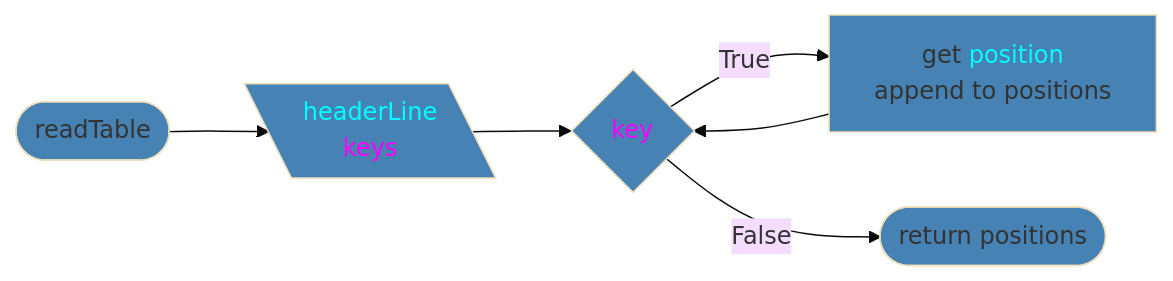
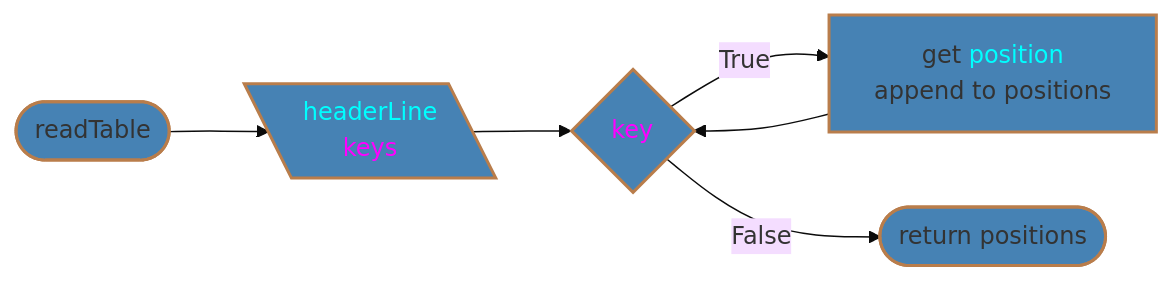
The fifth of 20 diagrams in scripts/table/design.md (7s4e/p3), drawn with Mermaid (base theme) before and after one commit. The commit also changed other lines of this file, not shown here.

````diff
--- a/scripts/table/design.md
+++ b/scripts/table/design.md
@@ -174,16 +174,16 @@
 ```mermaid
 flowchart LR
-    classDef fill fill:#4682b4
-    STR([readTable]):::fill
+    classDef shape fill:#4682b4,stroke:#b97d4b,stroke-width:2px
+    STR([readTable]):::shape
         STR --> INP
     INP[\"<span style='color:cyan;'>headerLine</span>
-         <span style='color:magenta;'>keys</span>"\]:::fill
+         <span style='color:magenta;'>keys</span>"\]:::shape
         INP --> KEY
-    KEY{<span style='color:magenta;'>key</span>}:::fill
+    KEY{<span style='color:magenta;'>key</span>}:::shape
         KEY -- True  --> POS
         POS          --> KEY
         KEY -- False --> END
     POS["get <span style='color:cyan;'>position</span>
-         append to positions"]:::fill
-    END([return positions]):::fill
+         append to positions"]:::shape
+    END([return positions]):::shape
 ```
````
